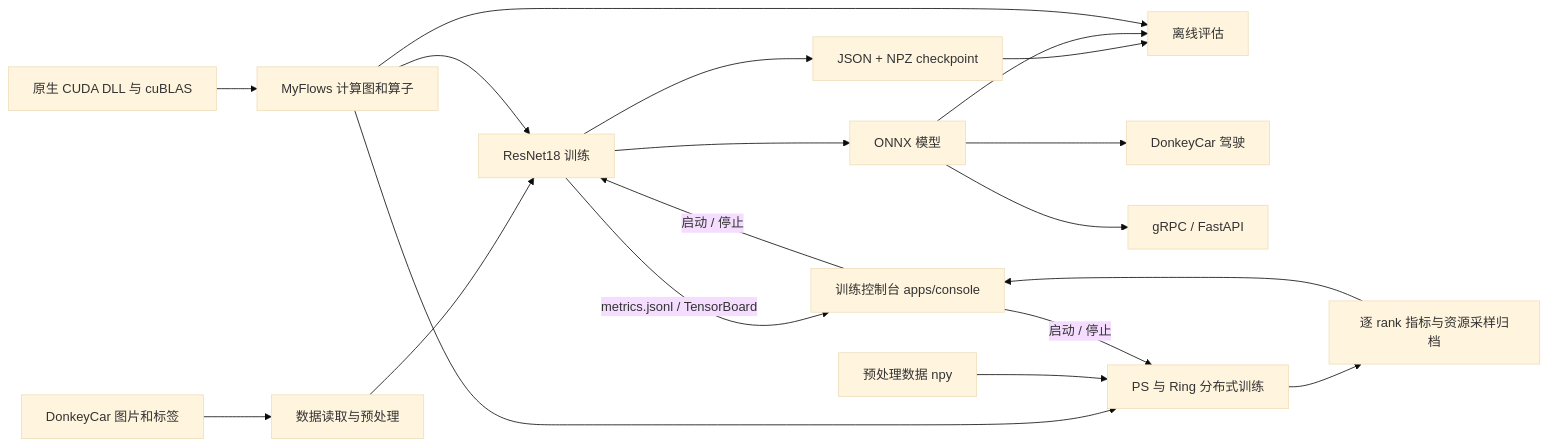
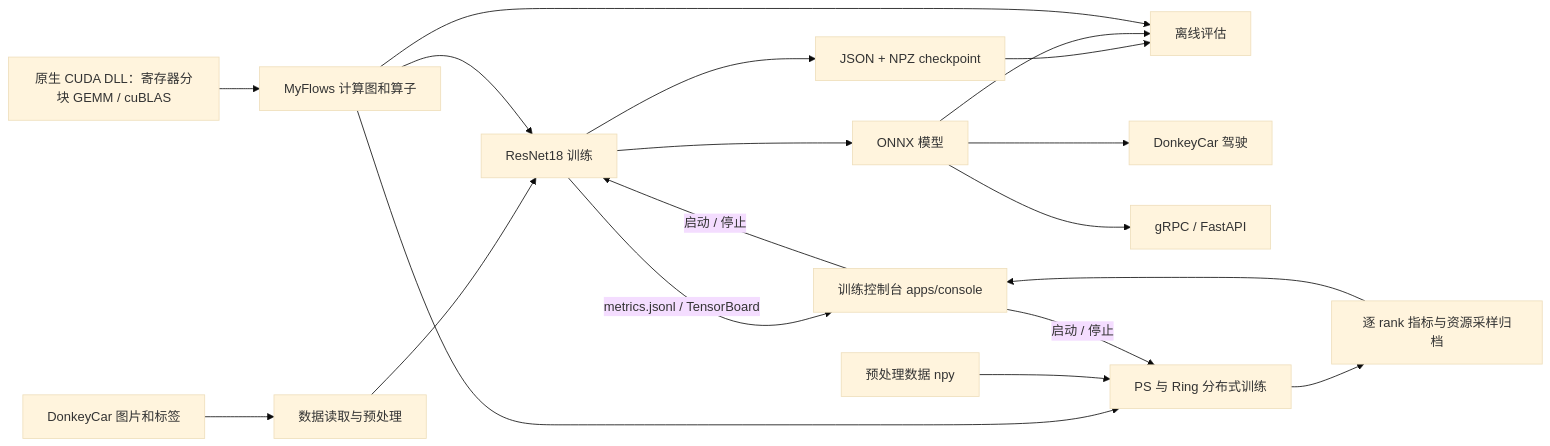
The first of 3 diagrams in docs/system_design.md (FGH-sudo/myflows-donkeycar), drawn with Mermaid (base theme) before and after one commit. The commit also changed other lines of this file and 25 other files, not shown here.

```diff
--- a/docs/system_design.md
+++ b/docs/system_design.md
@@ -18,21 +18,21 @@
 ~~~mermaid
 flowchart LR
   data[DonkeyCar 图片和标签] --> common[数据读取与预处理]
   common --> train[ResNet18 训练]
   train --> checkpoint[JSON + NPZ checkpoint]
   train --> onnx[ONNX 模型]
   checkpoint --> eval[离线评估]
   onnx --> eval
   onnx --> pilot[DonkeyCar 驾驶]
   onnx --> serve[gRPC / FastAPI]
   framework[MyFlows 计算图和算子] --> train
   framework --> eval
-  native[原生 CUDA DLL 与 cuBLAS] --> framework
+  native[原生 CUDA DLL：寄存器分块 GEMM / cuBLAS] --> framework
   framework --> dist[PS 与 Ring 分布式训练]
   prepared[预处理数据 npy] --> dist
   dist --> archive[逐 rank 指标与资源采样归档]
   console[训练控制台 apps/console] -->|启动 / 停止| dist
   console -->|启动 / 停止| train
   archive --> console
   train -->|metrics.jsonl / TensorBoard| console
 ~~~
```
